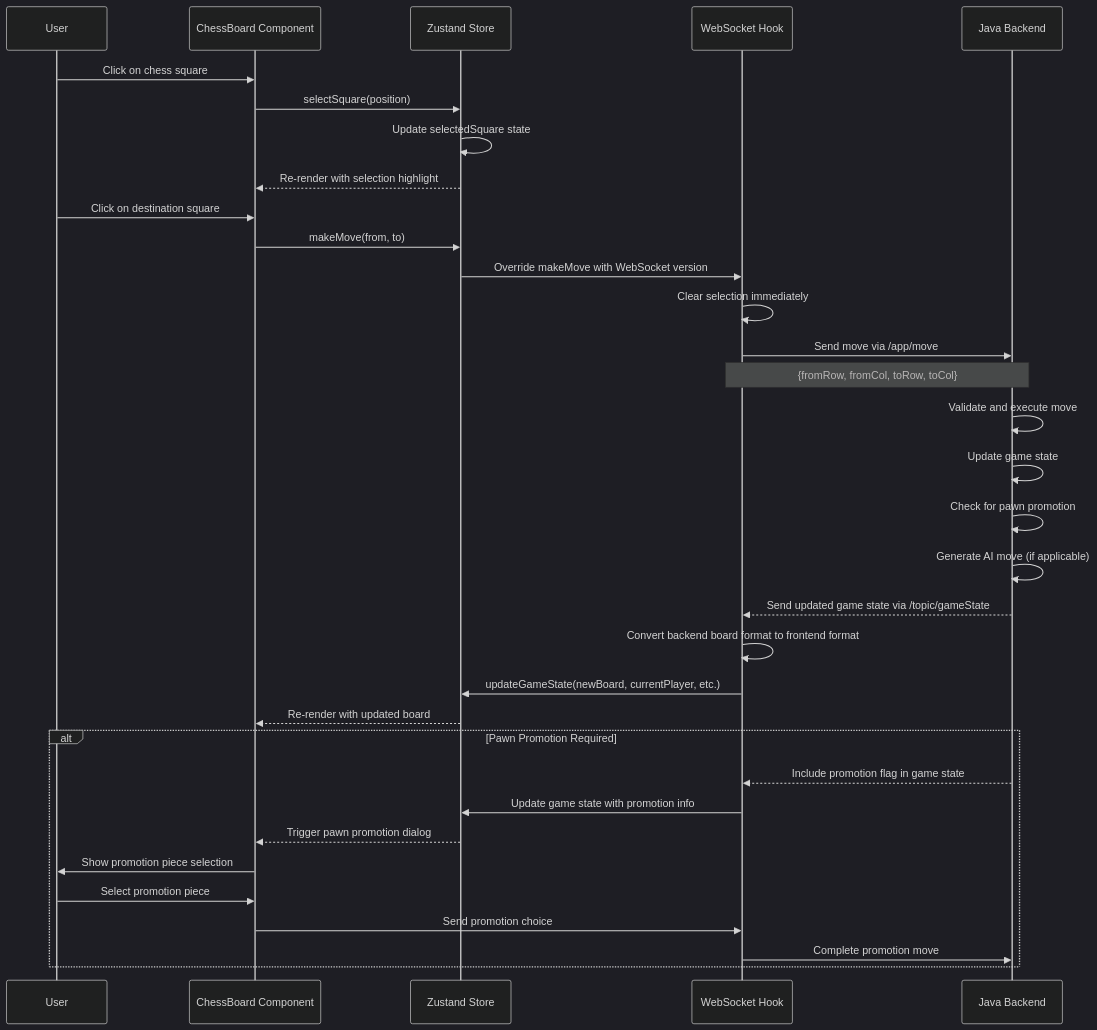
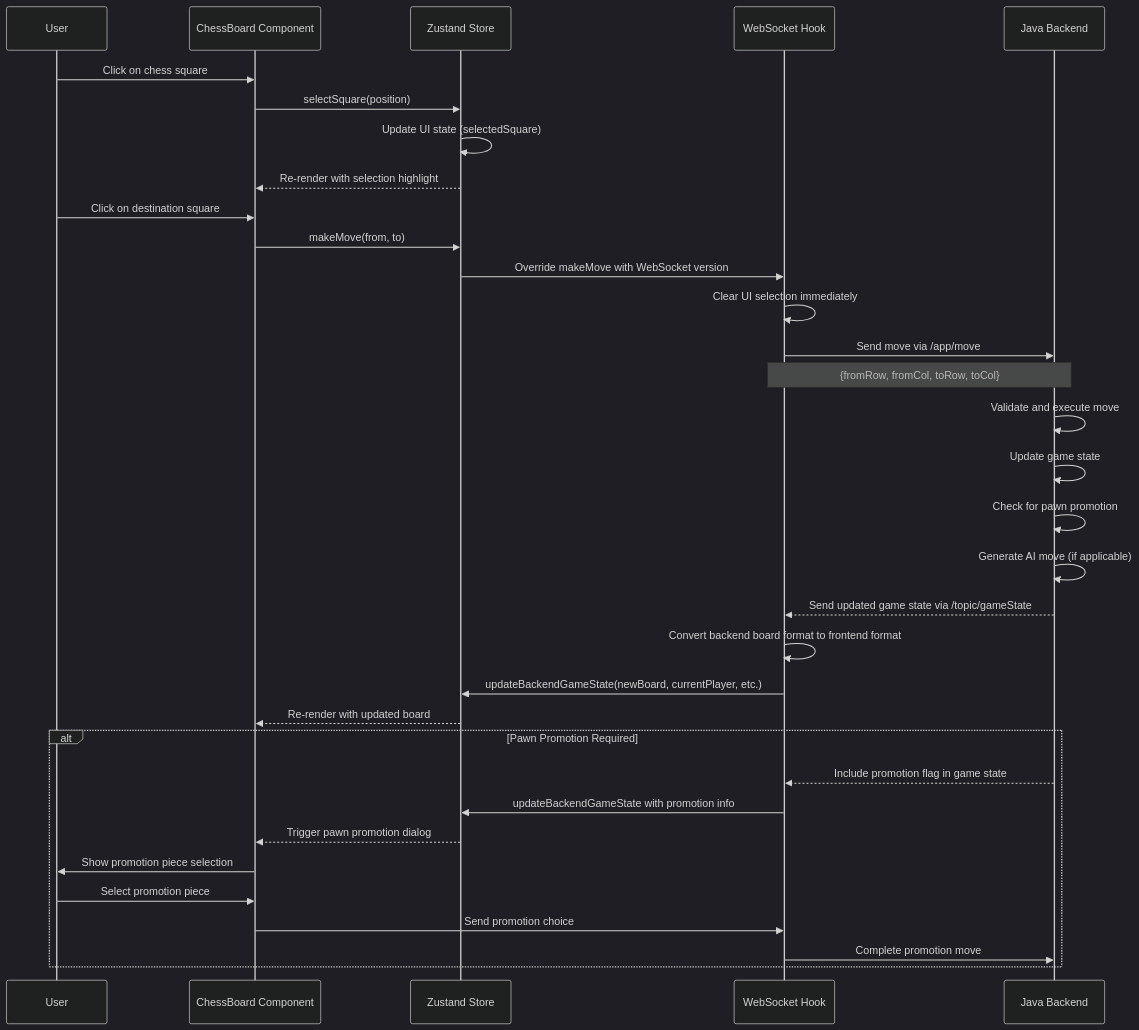
The second of 12 diagrams in docs/CURSOR_UI_SEQUENCE.md (premkumardevadason/chess), drawn with Mermaid (dark theme) before and after one commit. The commit also changed other lines of this file, not shown here.

Commit message:
Update CURSOR_UI_SEQUENCE.md: Add stateless frontend architecture, invalid move handling, performance monitoring browser compatibility, and console logging removal documentation

````diff
--- a/docs/CURSOR_UI_SEQUENCE.md
+++ b/docs/CURSOR_UI_SEQUENCE.md
@@ -41,40 +60,40 @@
 ```mermaid
 sequenceDiagram
     participant User
     participant Board as ChessBoard Component
     participant Store as Zustand Store
     participant WS as WebSocket Hook
     participant Backend as Java Backend
 
     User->>Board: Click on chess square
     Board->>Store: selectSquare(position)
-    Store->>Store: Update selectedSquare state
+    Store->>Store: Update UI state (selectedSquare)
     Store-->>Board: Re-render with selection highlight
     
     User->>Board: Click on destination square
     Board->>Store: makeMove(from, to)
     Store->>WS: Override makeMove with WebSocket version
-    WS->>WS: Clear selection immediately
+    WS->>WS: Clear UI selection immediately
     WS->>Backend: Send move via /app/move
     Note over WS,Backend: {fromRow, fromCol, toRow, toCol}
     
     Backend->>Backend: Validate and execute move
     Backend->>Backend: Update game state
     Backend->>Backend: Check for pawn promotion
     Backend->>Backend: Generate AI move (if applicable)
     
     Backend-->>WS: Send updated game state via /topic/gameState
     WS->>WS: Convert backend board format to frontend format
-    WS->>Store: updateGameState(newBoard, currentPlayer, etc.)
+    WS->>Store: updateBackendGameState(newBoard, currentPlayer, etc.)
     Store-->>Board: Re-render with updated board
     
     alt Pawn Promotion Required
         Backend-->>WS: Include promotion flag in game state
-        WS->>Store: Update game state with promotion info
+        WS->>Store: updateBackendGameState with promotion info
         Store-->>Board: Trigger pawn promotion dialog
         Board->>User: Show promotion piece selection
         User->>Board: Select promotion piece
         Board->>WS: Send promotion choice
         WS->>Backend: Complete promotion move
     end
 ```
````
